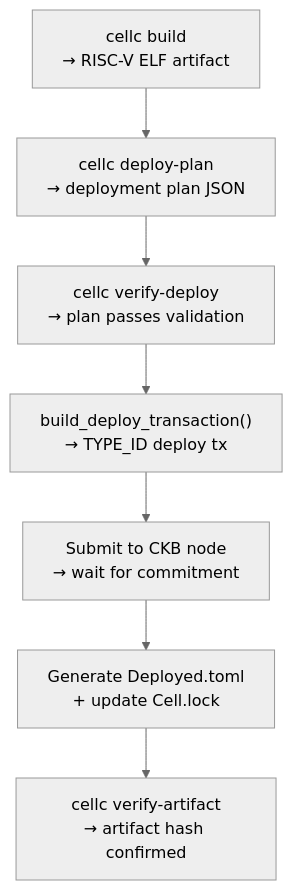
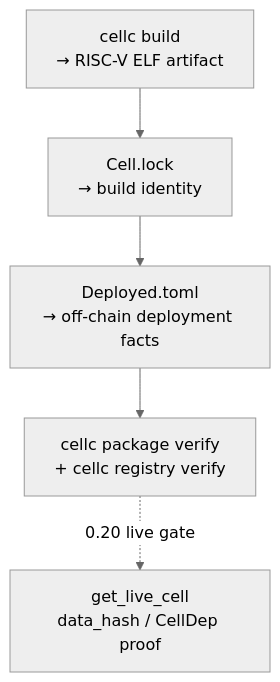
The fifth of 5 diagrams in docs/CELLSCRIPT_REGISTRY_PHASE1.md (CellScript-Labs/CellScript), drawn with Mermaid (neutral theme) before and after one commit. The commit also changed other lines of this file and 8 other files, not shown here.

````diff
--- a/docs/CELLSCRIPT_REGISTRY_PHASE1.md
+++ b/docs/CELLSCRIPT_REGISTRY_PHASE1.md
@@ -241,10 +244,8 @@
 ```mermaid
 graph TB
     B["cellc build<br/>→ RISC-V ELF artifact"] --> DP
-    DP["cellc deploy-plan<br/>→ deployment plan JSON"] --> VD
-    VD["cellc verify-deploy<br/>→ plan passes validation"] --> BT
-    BT["build_deploy_transaction()<br/>→ TYPE_ID deploy tx"] --> SUB
-    SUB["Submit to CKB node<br/>→ wait for commitment"] --> GEN
-    GEN["Generate Deployed.toml<br/>+ update Cell.lock"] --> VFY
-    VFY["cellc verify-artifact<br/>→ artifact hash confirmed"]
+    DP["Cell.lock<br/>→ build identity"] --> DEP
+    DEP["Deployed.toml<br/>→ off-chain deployment facts"] --> VFY
+    VFY["cellc package verify<br/>+ cellc registry verify"]
+    VFY -. "0.20 live gate" .-> LIVE["get_live_cell<br/>data_hash / CellDep proof"]
 ```
````
